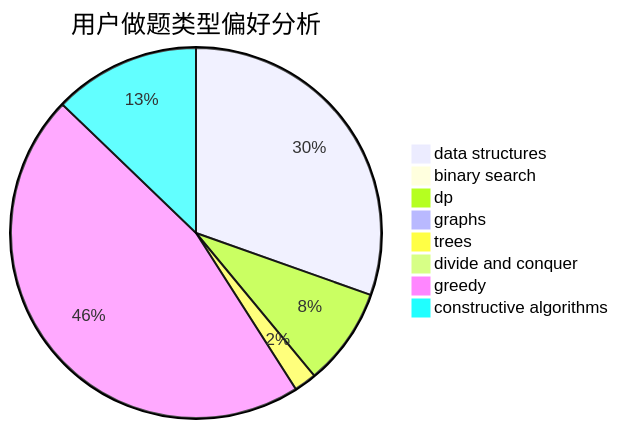
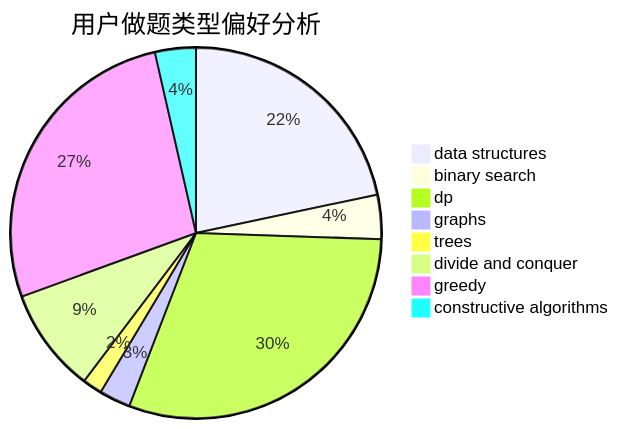
One commit to sherpahu/cfrs.github.io changed the second of 3 diagrams in docs/user/u1254.md. Above: the diagram before and after it, drawn with Mermaid. The commit also changed other lines of this file and 2770 other files, not shown here.

````diff
--- a/docs/user/u1254.md
+++ b/docs/user/u1254.md
@@ -23,11 +23,11 @@
 ```mermaid
 pie title 用户做题类型偏好分析
-    "data structures" :  373
-    "binary search" :  8
-    "dp" :  105
-    "graphs" :  3
-    "trees" :  24
-    "divide and conquer" :  0
-    "greedy" :  567
-    "constructive algorithms" :  157
+    "data structures" :  444
+    "binary search" :  79
+    "dp" :  621
+    "graphs" :  56
+    "trees" :  35
+    "divide and conquer" :  187
+    "greedy" :  553
+    "constructive algorithms" :  73
 ```
````
